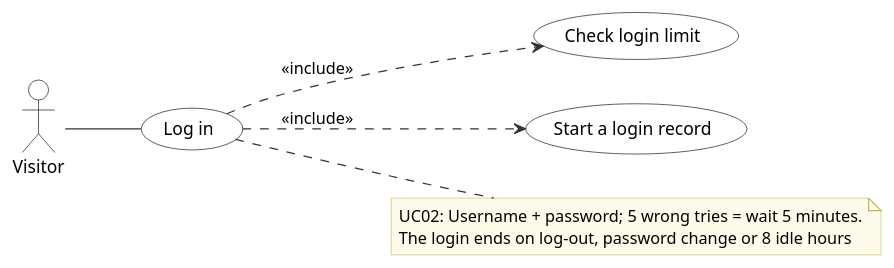
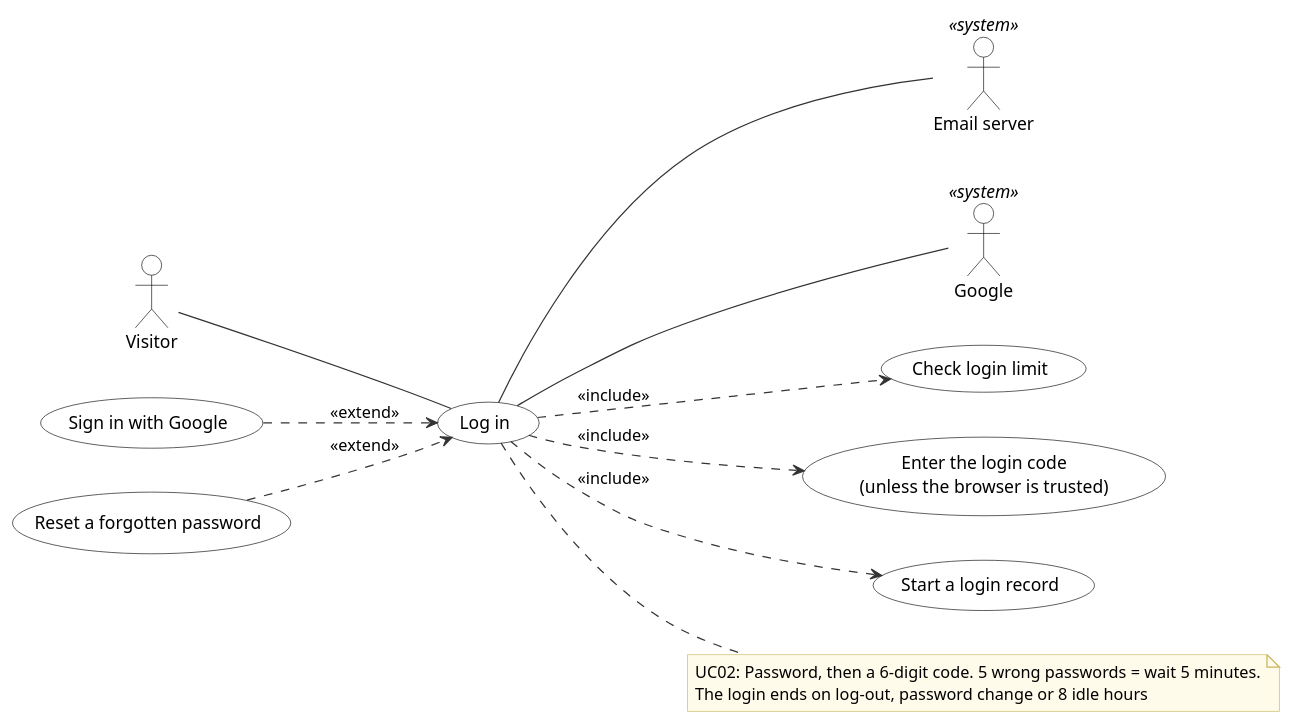
One commit to JmlAsync/inventory-pos-system changed the diagram in diagrams/uml/14_UC02_log_in.puml. Above: the diagram before and after it, drawn with PlantUML. The commit also changed 82 other files, not shown here.

```diff
--- a/diagrams/uml/14_UC02_log_in.puml
+++ b/diagrams/uml/14_UC02_log_in.puml
@@ -1,54 +1,64 @@
 @startuml
-' Use case UC02 Log in - Inventory & POS System v0.20.4 (report, Lecture 5; redrawn 2026-10-12)
+' Use case UC02 Log in - Inventory & POS System v0.32.0 (report, Lecture 5-7; redrawn 2026-10-27)
 ' Edit: paste into draw.io (Arrange > Insert > Advanced > PlantUML) or planttext.com
 skinparam defaultFontName Arial
 skinparam shadowing false
 skinparam ArrowColor #333333
 skinparam rectangle {
   BackgroundColor White
   BorderColor Black
 }
 skinparam usecase {
   BackgroundColor White
   BorderColor Black
 }
 skinparam class {
   BackgroundColor White
   BorderColor Black
   HeaderBackgroundColor #E6F1EE
 }
 skinparam activity {
   BackgroundColor White
   BorderColor Black
 }
 skinparam state {
   BackgroundColor White
   BorderColor Black
 }
 skinparam sequence {
   ParticipantBackgroundColor White
   ParticipantBorderColor Black
   LifeLineBorderColor #888888
   ActorBorderColor Black
   ActorBackgroundColor White
 }
 skinparam note {
   BackgroundColor #FFFBEA
   BorderColor #C9B458
 }
 skinparam swimlaneWidth same
 hide circle
 
 left to right direction
-actor "Visitor" as Visitor
+actor "Visitor" as A0
+actor "Email server" as S0 <<system>>
+actor "Google" as S1 <<system>>
 usecase "Log in" as U
 usecase "Check login limit" as I0
 U ..> I0 : <<include>>
-usecase "Start a login record" as I1
+usecase "Enter the login code\n(unless the browser is trusted)" as I1
 U ..> I1 : <<include>>
-Visitor -- U
+usecase "Start a login record" as I2
+U ..> I2 : <<include>>
+usecase "Sign in with Google" as E0
+E0 ..> U : <<extend>>
+usecase "Reset a forgotten password" as E1
+E1 ..> U : <<extend>>
+A0 -- U
+U -- S0
+U -- S1
 note right of U
-  UC02: Username + password; 5 wrong tries = wait 5 minutes.
+  UC02: Password, then a 6-digit code. 5 wrong passwords = wait 5 minutes.
   The login ends on log-out, password change or 8 idle hours
 end note
 @enduml
```
